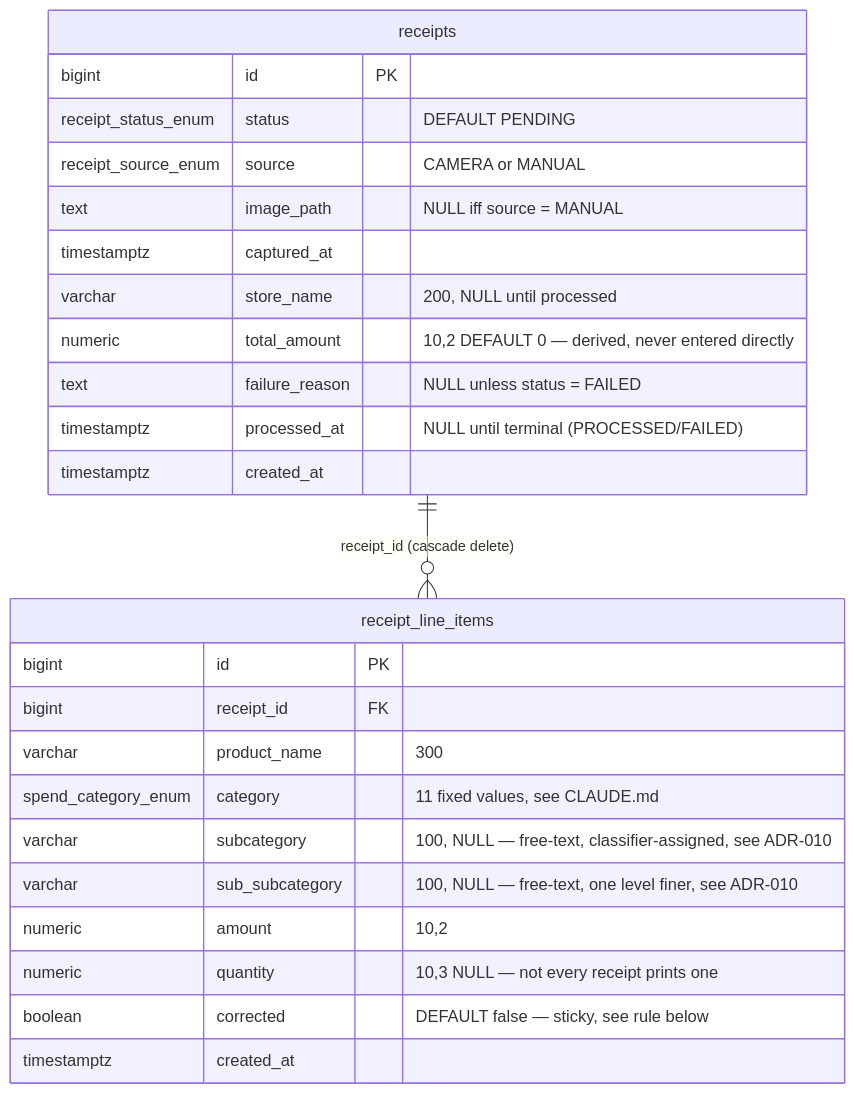
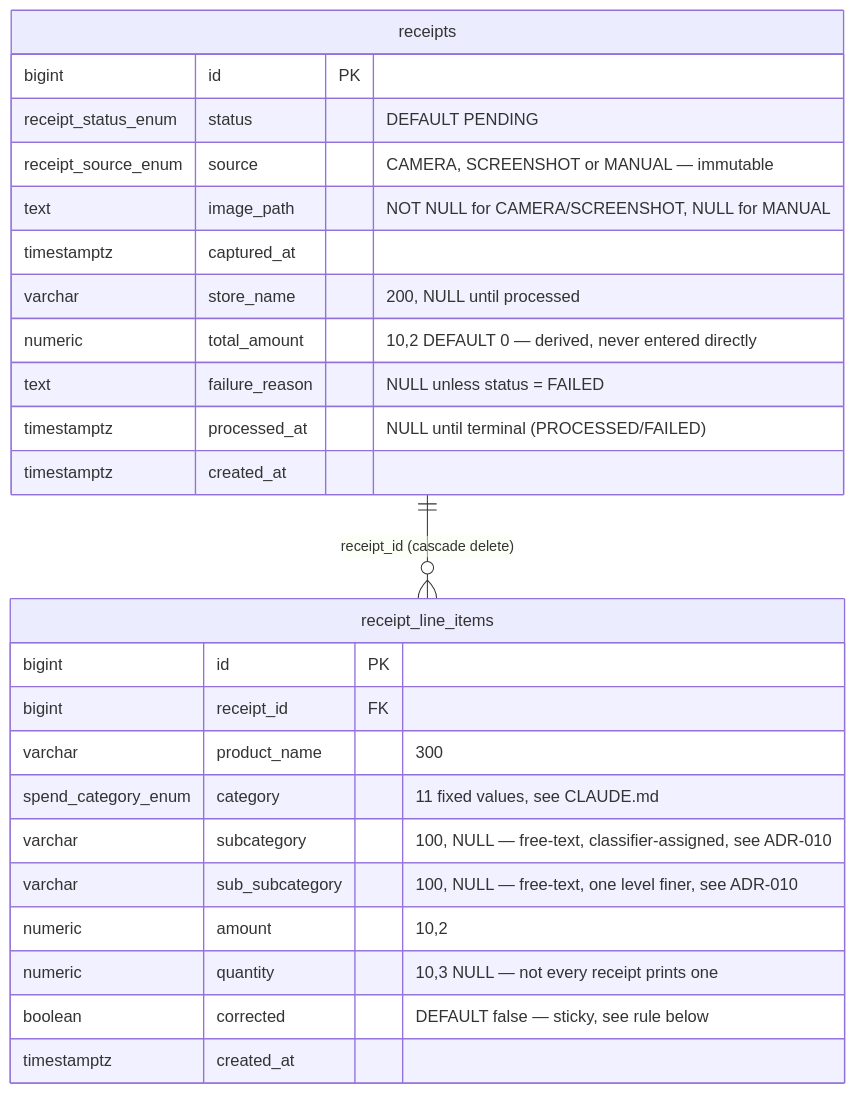
One commit to emicon123/receipts changed the first of 3 diagrams in docs/architecture/02-domain-model-and-schema.md. Above: the diagram before and after it, drawn with Mermaid. The commit also changed other lines of this file and 8 other files, not shown here.

First line of the commit message:
wip(docs): architect checkpoint for screenshot source contract

````diff
--- a/docs/architecture/02-domain-model-and-schema.md
+++ b/docs/architecture/02-domain-model-and-schema.md
@@ -35,29 +38,29 @@
 ```mermaid
 erDiagram
     receipts ||--o{ receipt_line_items : "receipt_id (cascade delete)"
 
     receipts {
         bigint id PK
         receipt_status_enum status "DEFAULT PENDING"
-        receipt_source_enum source "CAMERA or MANUAL"
-        text image_path "NULL iff source = MANUAL"
+        receipt_source_enum source "CAMERA, SCREENSHOT or MANUAL — immutable"
+        text image_path "NOT NULL for CAMERA/SCREENSHOT, NULL for MANUAL"
         timestamptz captured_at
         varchar store_name "200, NULL until processed"
         numeric total_amount "10,2 DEFAULT 0 — derived, never entered directly"
         text failure_reason "NULL unless status = FAILED"
         timestamptz processed_at "NULL until terminal (PROCESSED/FAILED)"
         timestamptz created_at
     }
     receipt_line_items {
         bigint id PK
         bigint receipt_id FK
         varchar product_name "300"
         spend_category_enum category "11 fixed values, see CLAUDE.md"
         varchar subcategory "100, NULL — free-text, classifier-assigned, see ADR-010"
         varchar sub_subcategory "100, NULL — free-text, one level finer, see ADR-010"
         numeric amount "10,2"
         numeric quantity "10,3 NULL — not every receipt prints one"
         boolean corrected "DEFAULT false — sticky, see rule below"
         timestamptz created_at
     }
 ```
````
